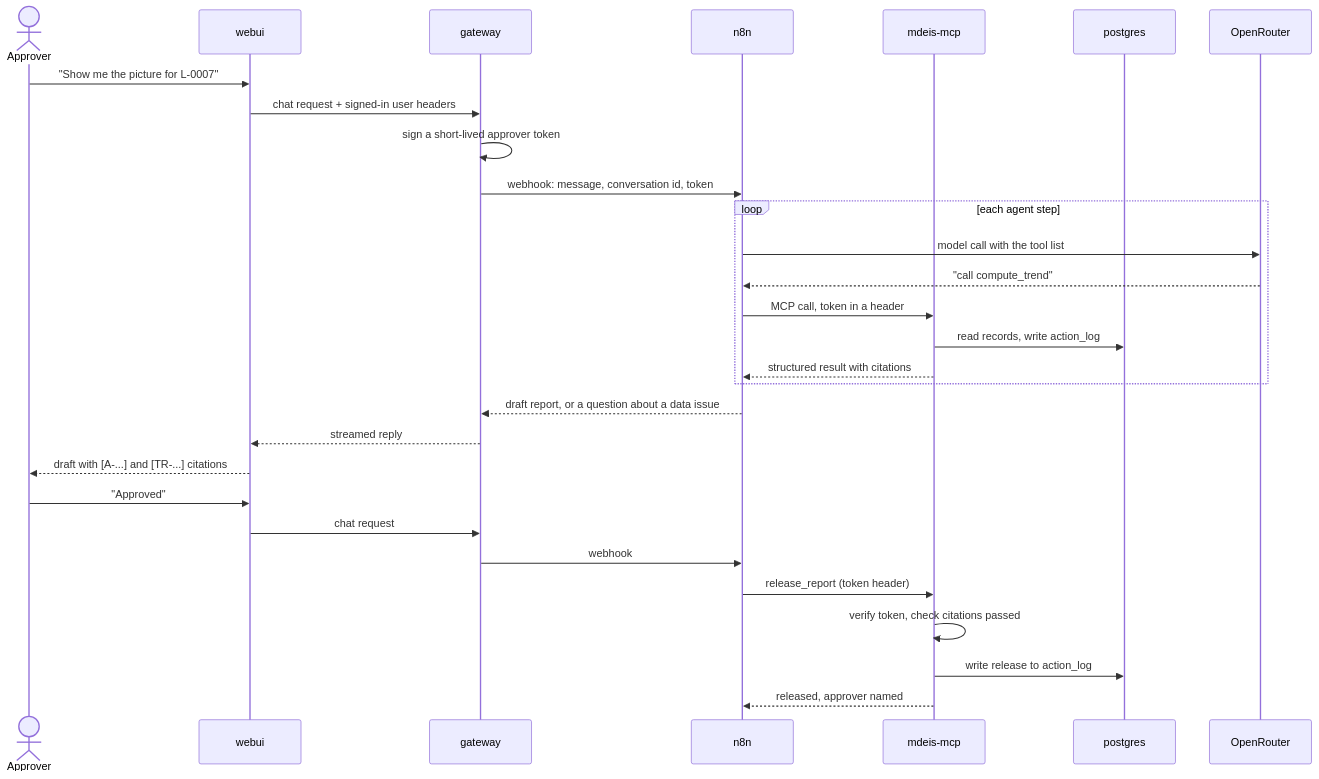
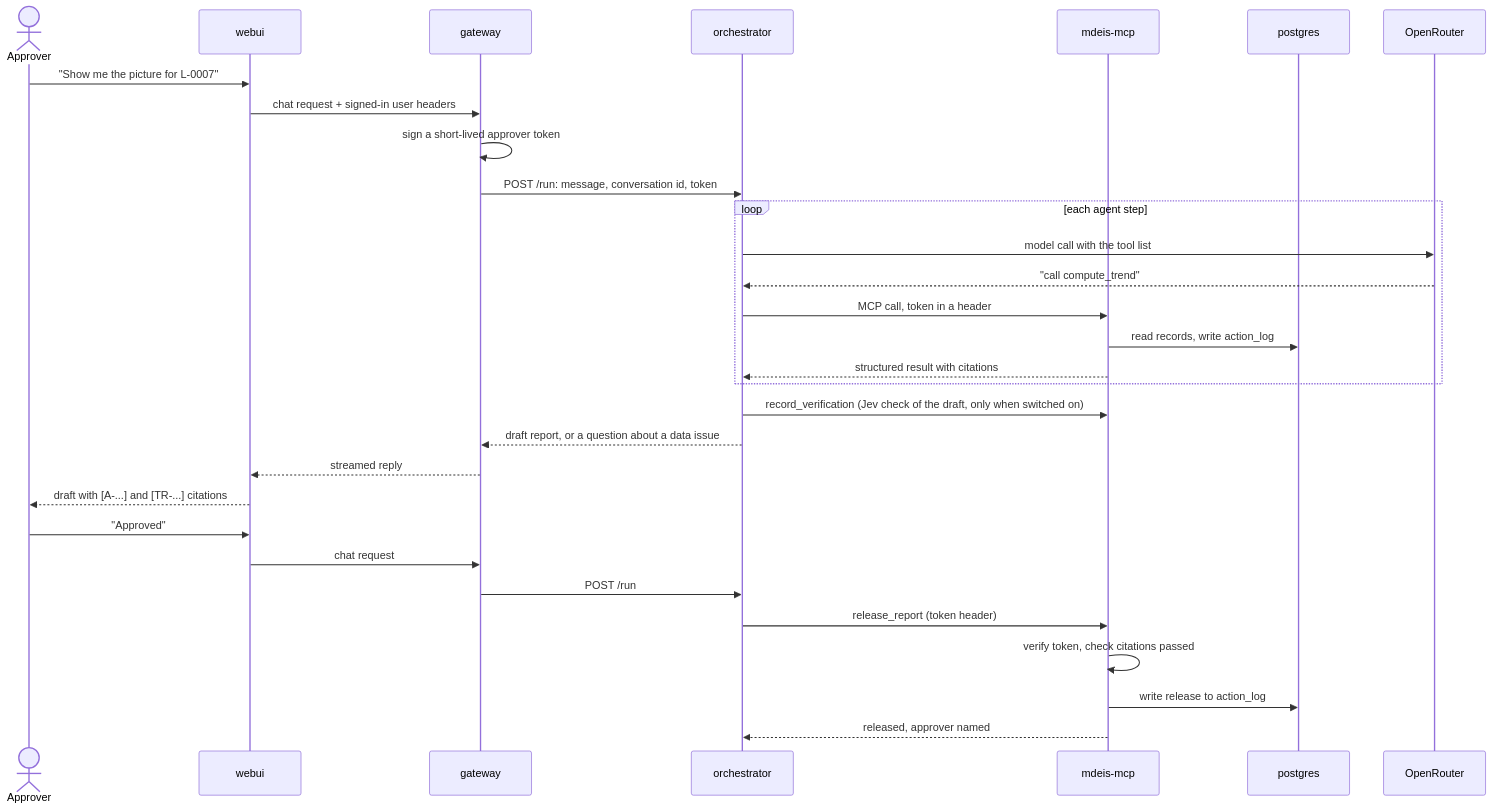
One commit to Sedoid/MDEIS changed the second of 2 diagrams in docs/CONTAINERS.md. Above: the diagram before and after it, drawn with Mermaid. The commit also changed other lines of this file and 40 other files, not shown here.

````diff
--- a/docs/CONTAINERS.md
+++ b/docs/CONTAINERS.md
@@ -70,32 +95,33 @@
 ```mermaid
 sequenceDiagram
   actor A as Approver
   participant W as webui
   participant G as gateway
-  participant N as n8n
+  participant O as orchestrator
   participant M as mdeis-mcp
   participant P as postgres
   participant L as OpenRouter
 
   A->>W: "Show me the picture for L-0007"
   W->>G: chat request + signed-in user headers
   G->>G: sign a short-lived approver token
-  G->>N: webhook: message, conversation id, token
+  G->>O: POST /run: message, conversation id, token
   loop each agent step
-    N->>L: model call with the tool list
-    L-->>N: "call compute_trend"
-    N->>M: MCP call, token in a header
+    O->>L: model call with the tool list
+    L-->>O: "call compute_trend"
+    O->>M: MCP call, token in a header
     M->>P: read records, write action_log
-    M-->>N: structured result with citations
+    M-->>O: structured result with citations
   end
-  N-->>G: draft report, or a question about a data issue
+  O->>M: record_verification (Jev check of the draft, only when switched on)
+  O-->>G: draft report, or a question about a data issue
   G-->>W: streamed reply
   W-->>A: draft with [A-...] and [TR-...] citations
   A->>W: "Approved"
   W->>G: chat request
-  G->>N: webhook
-  N->>M: release_report (token header)
+  G->>O: POST /run
+  O->>M: release_report (token header)
   M->>M: verify token, check citations passed
   M->>P: write release to action_log
-  M-->>N: released, approver named
+  M-->>O: released, approver named
 ```
````
